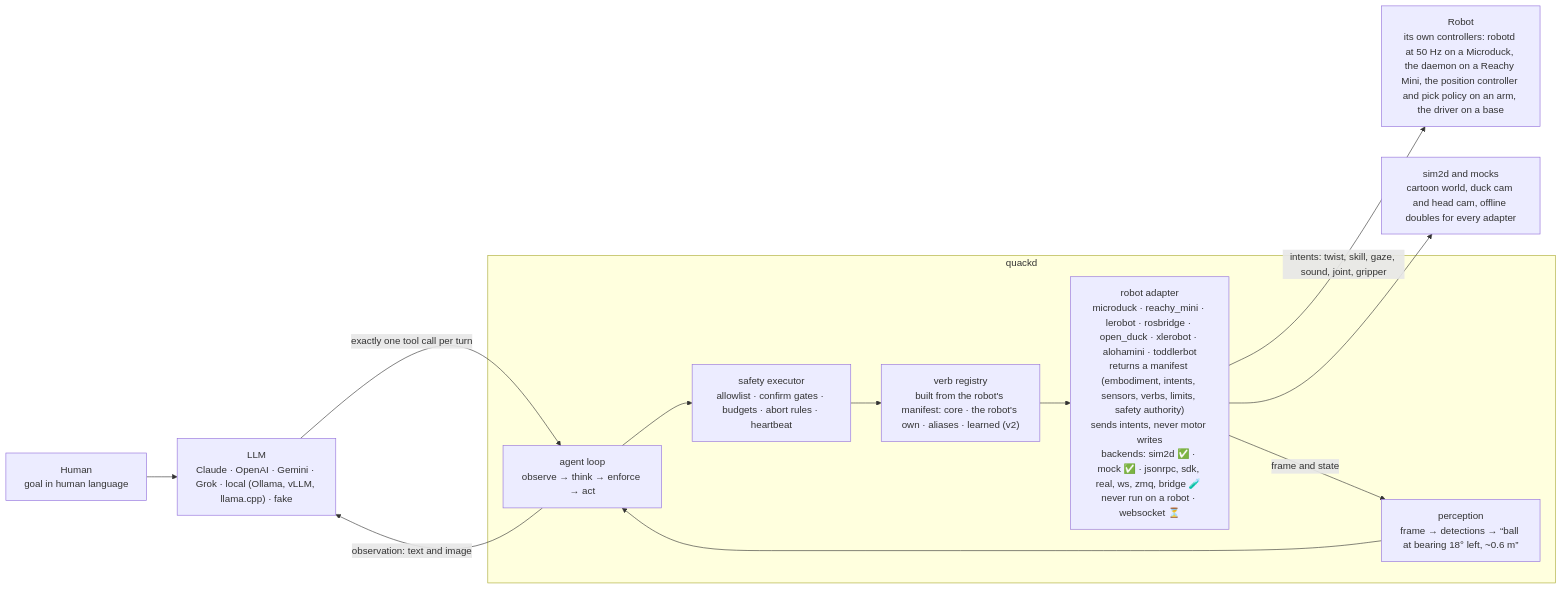
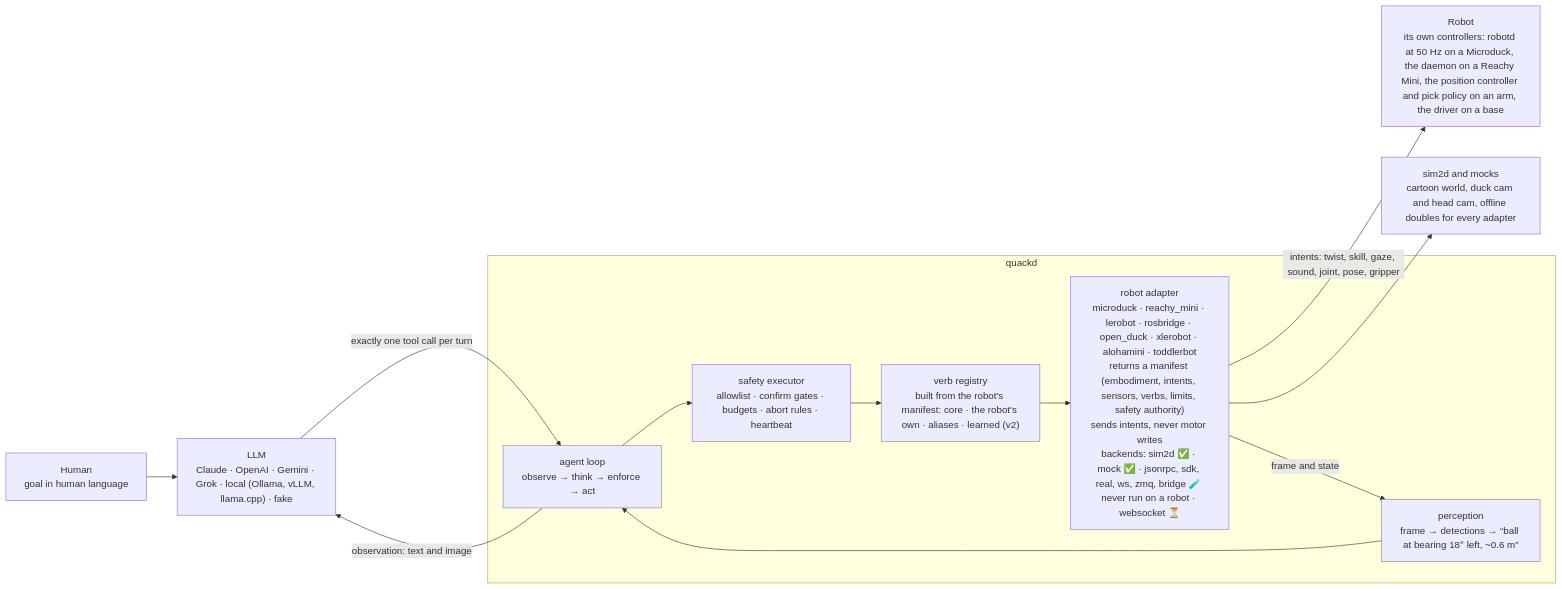
One commit to Bayway/quackd changed the second of 3 diagrams in README.md. Above: the diagram before and after it, drawn with Mermaid. The commit also changed other lines of this file and 33 other files, not shown here.

````diff
--- a/README.md
+++ b/README.md
@@ -283,21 +262,21 @@
 ```mermaid
 flowchart LR
     HUMAN["Human<br/>goal in human language"]
     LLM["LLM<br/>Claude · OpenAI · Gemini · Grok · local (Ollama, vLLM, llama.cpp) · fake"]
     subgraph quackd
         LOOP["agent loop<br/>observe → think → enforce → act"]
         EXEC["safety executor<br/>allowlist · confirm gates · budgets · abort rules · heartbeat"]
         VERBS["verb registry<br/>built from the robot's manifest: core · the robot's own · aliases · learned (v2)"]
         PERC["perception<br/>frame → detections → “ball at bearing 18° left, ~0.6 m”"]
         ADAPTER["robot adapter<br/>microduck · reachy_mini · lerobot · rosbridge · open_duck · xlerobot · alohamini · toddlerbot<br/>returns a manifest (embodiment, intents, sensors, verbs, limits, safety authority)<br/>sends intents, never motor writes<br/>backends: sim2d ✅ · mock ✅ · jsonrpc, sdk, real, ws, zmq, bridge 🧪 never run on a robot · websocket ⏳"]
     end
     ROBOT["Robot<br/>its own controllers: robotd at 50 Hz on a Microduck, the daemon on a Reachy Mini, the position controller and pick policy on an arm, the driver on a base"]
     SIM["sim2d and mocks<br/>cartoon world, duck cam and head cam, offline doubles for every adapter"]
     HUMAN --> LLM
     LLM -- "exactly one tool call per turn" --> LOOP
     LOOP --> EXEC --> VERBS --> ADAPTER
-    ADAPTER -- "intents: twist, skill, gaze, sound, joint, gripper" --> ROBOT
+    ADAPTER -- "intents: twist, skill, gaze, sound, joint, pose, gripper" --> ROBOT
     ADAPTER --> SIM
     ADAPTER -- "frame and state" --> PERC --> LOOP
     LOOP -- "observation: text and image" --> LLM
 ```
````
